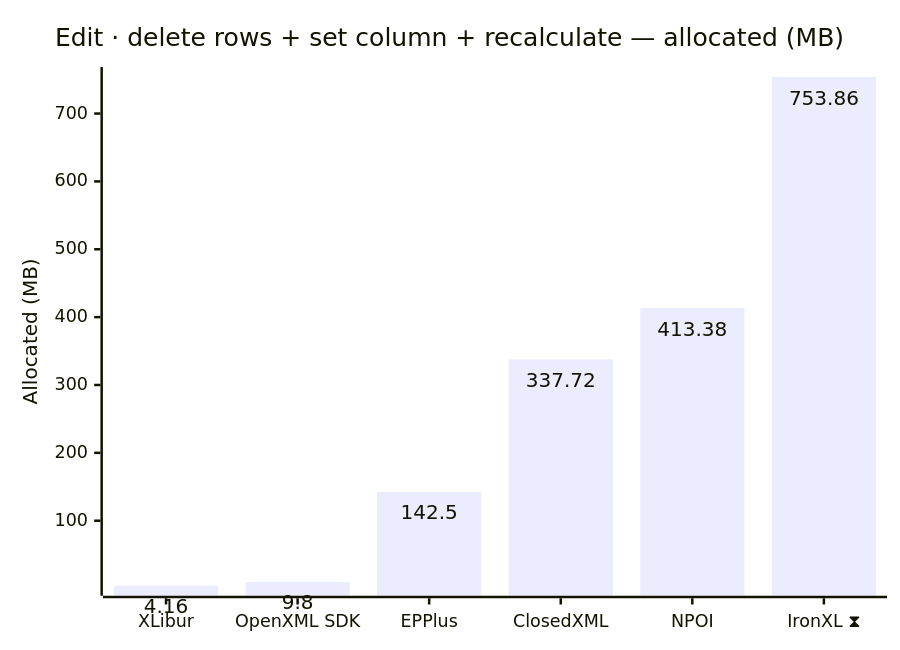
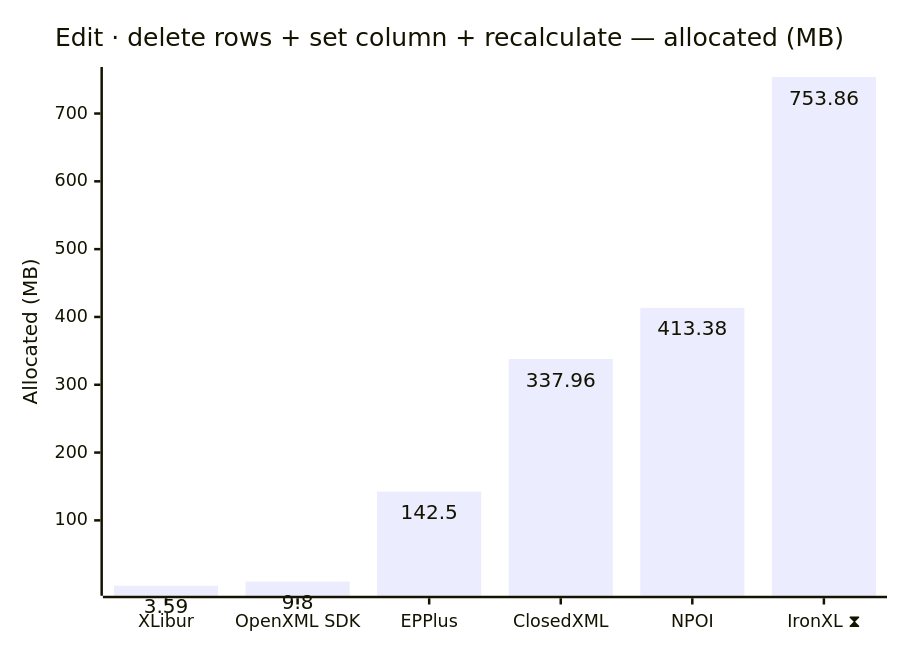
The tenth of 12 diagrams in docs/results-ci.md (jafin/XLBench), drawn with Mermaid before and after one commit. The commit also changed other lines of this file, not shown here.

````diff
--- a/docs/results-ci.md
+++ b/docs/results-ci.md
@@ -158,12 +158,12 @@
 ```mermaid
 ---
 config:
   xyChart:
     showDataLabel: true
 ---
 xychart-beta
     title "Edit · delete rows + set column + recalculate — allocated (MB)"
     x-axis ["XLibur", "OpenXML SDK", "EPPlus", "ClosedXML", "NPOI", "IronXL ⧗"]
     y-axis "Allocated (MB)"
-    bar [4.16, 9.8, 142.5, 337.72, 413.38, 753.86]
+    bar [3.59, 9.8, 142.5, 337.96, 413.38, 753.86]
 ```
````
